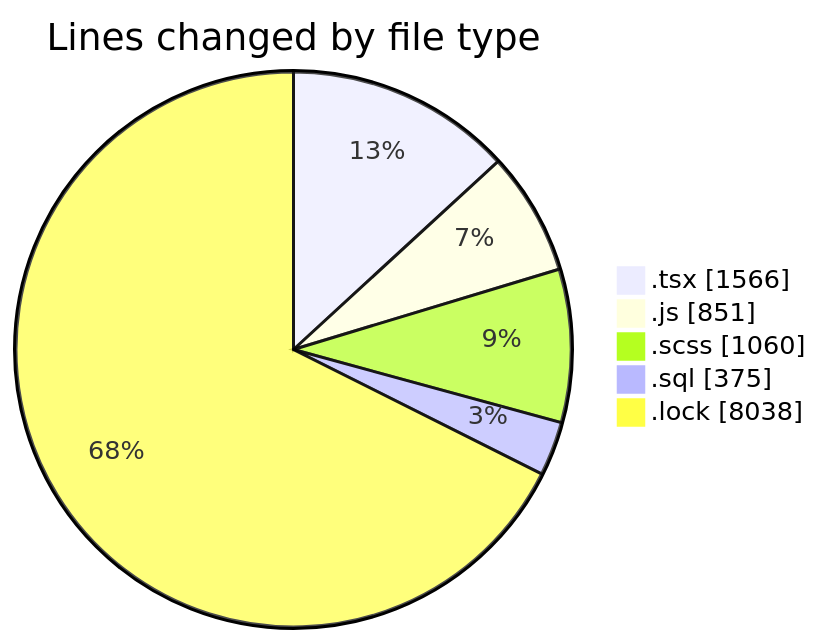
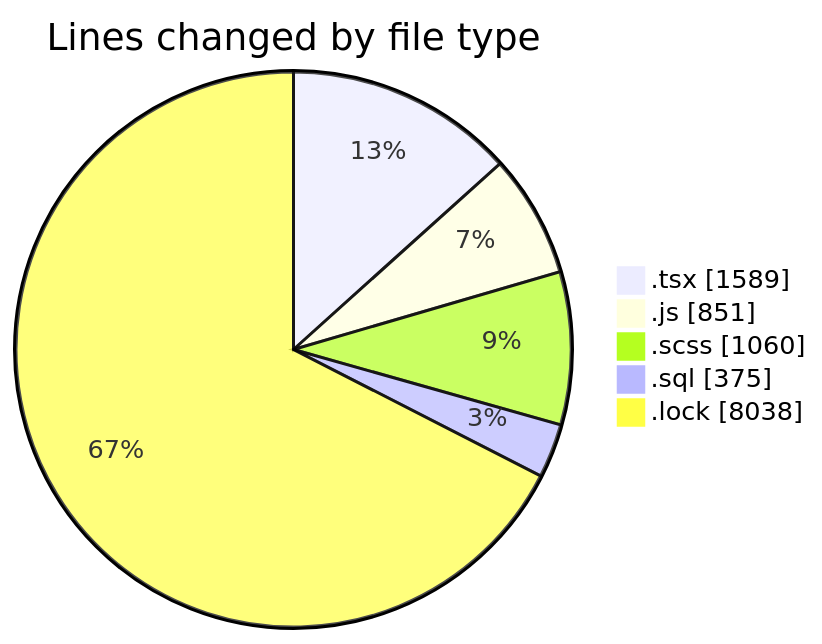
Before and after one commit to momahboobian/code-tracking: the first of 2 diagrams in 2025-03-18/cda/README.md, drawn with Mermaid. The commit also changed other lines of this file and 1 other file, not shown here.

````diff
--- a/2025-03-18/cda/README.md
+++ b/2025-03-18/cda/README.md
@@ -32,9 +32,9 @@
 ```mermaid
 pie showData
 title Lines changed by file type
-".tsx" : 1566
+".tsx" : 1589
 ".js" : 851
 ".scss" : 1060
 ".sql" : 375
 ".lock" : 8038
 ```
````
